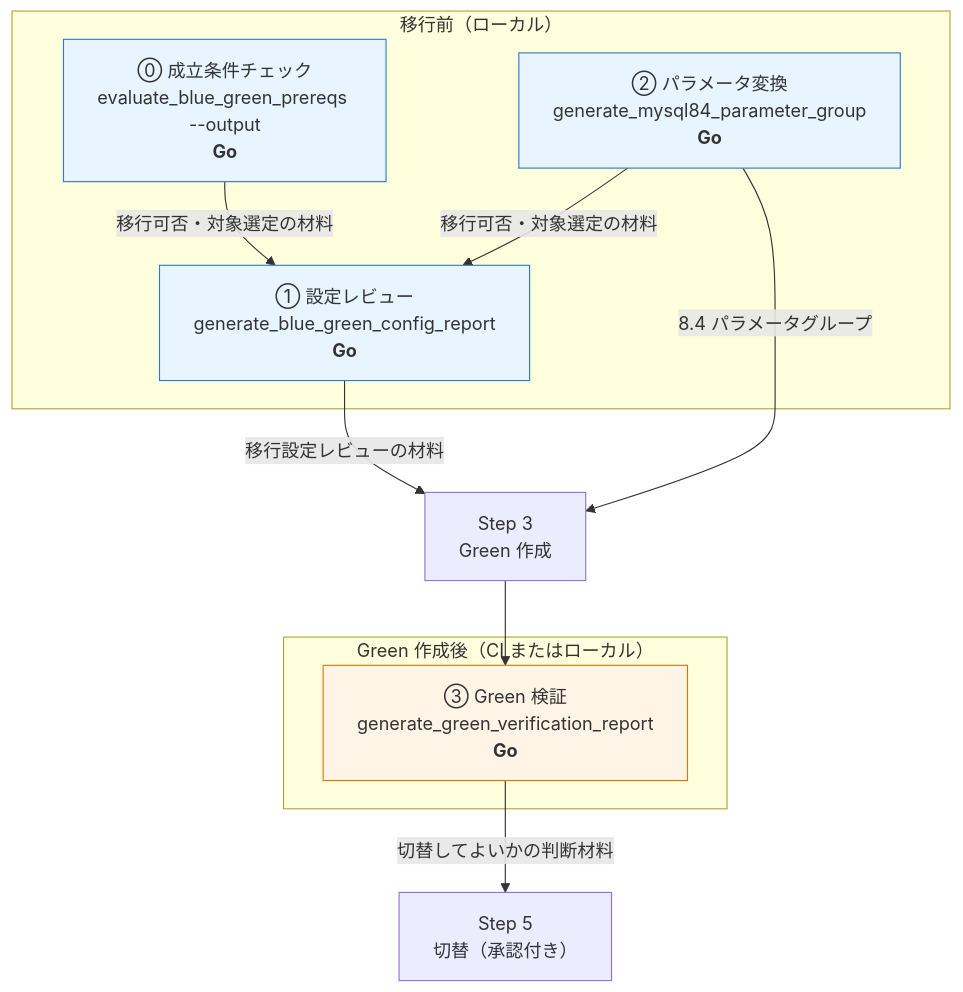
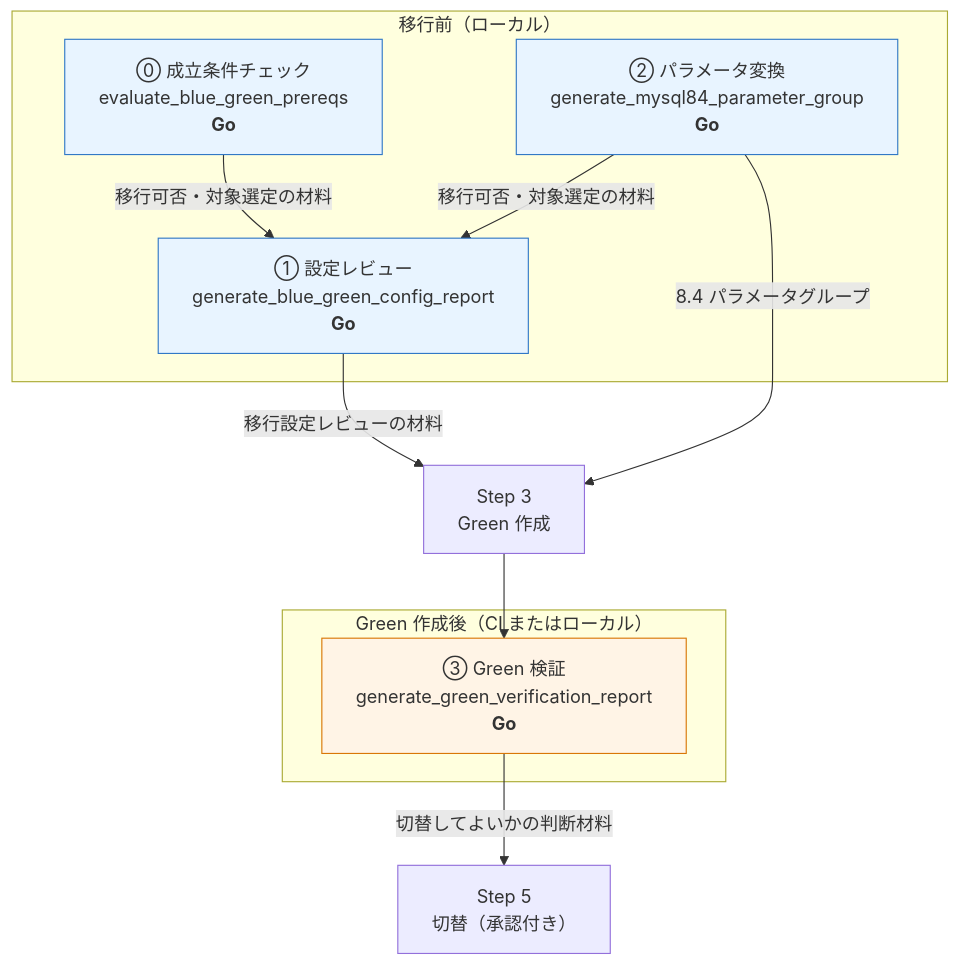
One commit to rxsxkxd/pk changed the first of 8 diagrams in docs/rds_mysql_upgrade/report-generation-flows.md. Above: the diagram before and after it, drawn with Mermaid. The commit also changed other lines of this file and 3 other files, not shown here.

````diff
--- a/docs/rds_mysql_upgrade/report-generation-flows.md
+++ b/docs/rds_mysql_upgrade/report-generation-flows.md
@@ -7,23 +7,23 @@
 ```mermaid
 flowchart TD
     subgraph pre["移行前（ローカル）"]
-        R0["⓪ 成立条件チェック<br/>evaluate_blue_green_prereqs --output<br/><b>Go</b>"]
+        R0["⓪ 成立条件チェック<br/>evaluate_blue_green_prereqs<br/><b>Go</b>"]
         R1["① 設定レビュー<br/>generate_blue_green_config_report<br/><b>Go</b>"]
         R2["② パラメータ変換<br/>generate_mysql84_parameter_group<br/><b>Go</b>"]
     end
     subgraph post["Green 作成後（CI またはローカル）"]
         R3["③ Green 検証<br/>generate_green_verification_report<br/><b>Go</b>"]
     end
 
     R0 -->|"移行可否・対象選定の材料"| R1
     R2 -->|"移行可否・対象選定の材料"| R1
     R2 -->|"8.4 パラメータグループ"| S3["Step 3<br/>Green 作成"]
     R1 -->|"移行設定レビューの材料"| S3
     S3 --> R3
     R3 -->|"切替してよいかの判断材料"| SW["Step 5<br/>切替（承認付き）"]
 
     classDef pre fill:#e8f4ff,stroke:#3178c6
     classDef post fill:#fff4e6,stroke:#d97706
     class R0,R1,R2 pre
     class R3 post
 ```
````
